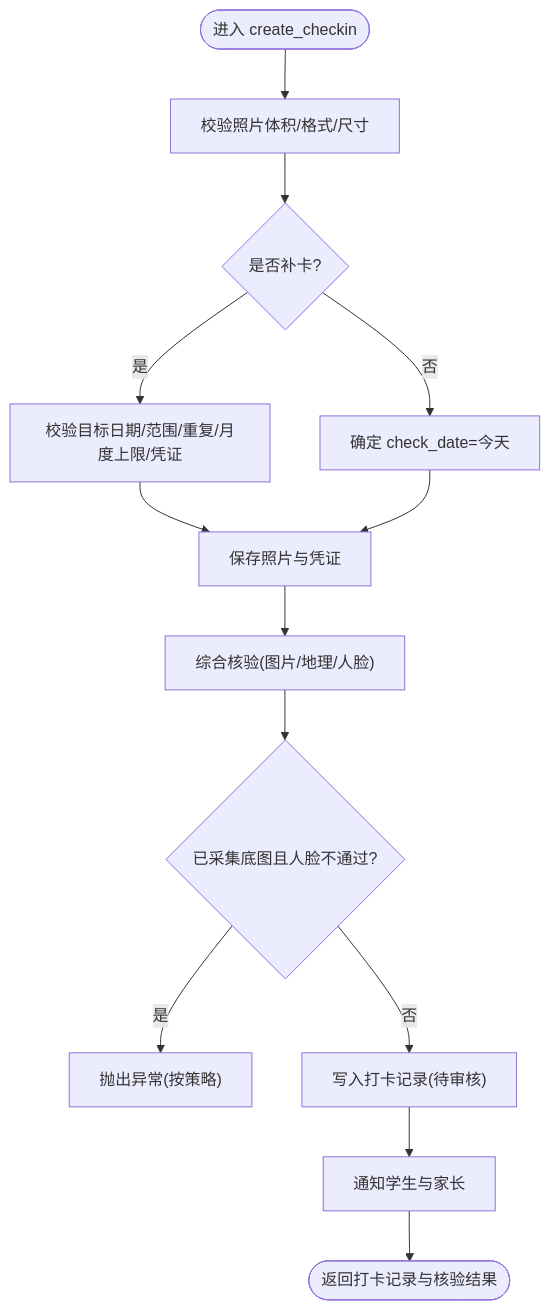
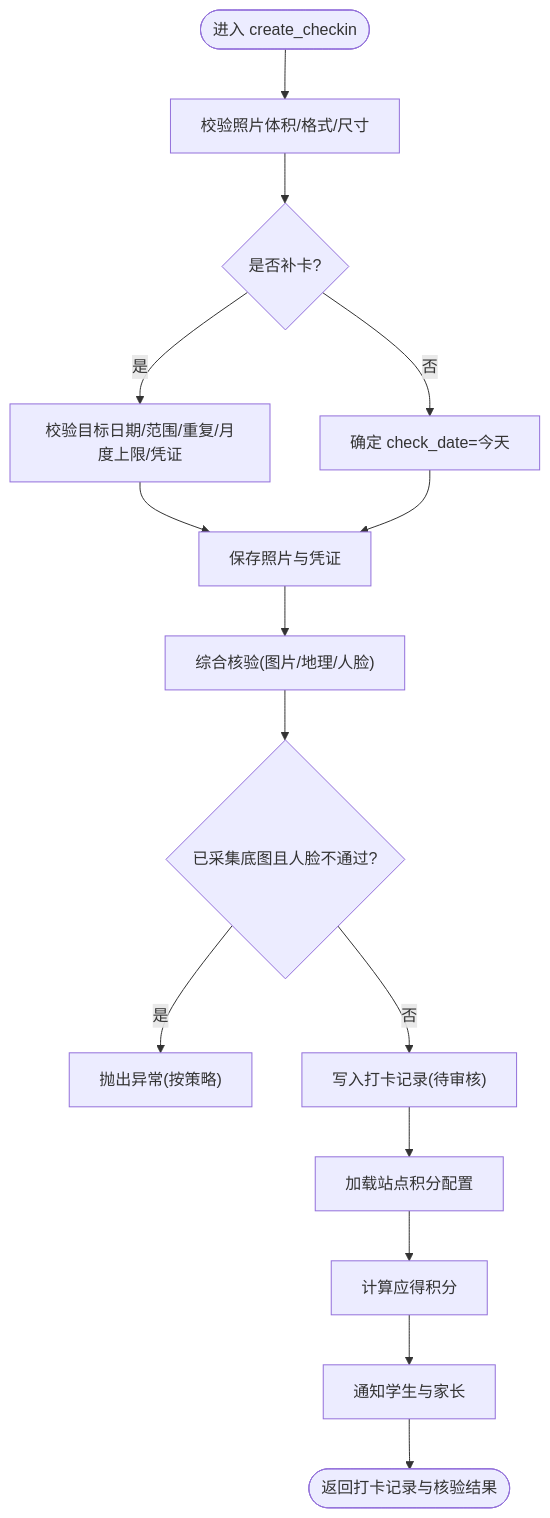
The third of 5 diagrams in .qoder/repowiki/zh/content/暑假作业打卡系统/后端服务架构/服务层架构/打卡服务.md (onebody/homework), drawn with Mermaid before and after one commit. The commit also changed other lines of this file and 16 other files, not shown here.

````diff
--- a/.qoder/repowiki/zh/content/暑假作业打卡系统/后端服务架构/服务层架构/打卡服务.md
+++ b/.qoder/repowiki/zh/content/暑假作业打卡系统/后端服务架构/服务层架构/打卡服务.md
@@ -185,15 +202,17 @@
 ```mermaid
 flowchart TD
 Start(["进入 create_checkin"]) --> PhotoCheck["校验照片体积/格式/尺寸"]
 PhotoCheck --> Type{"是否补卡?"}
 Type --> |是| MakeupRules["校验目标日期/范围/重复/月度上限/凭证"]
 Type --> |否| NormalDate["确定 check_date=今天"]
 MakeupRules --> SaveFiles["保存照片与凭证"]
 NormalDate --> SaveFiles
 SaveFiles --> Verify["综合核验(图片/地理/人脸)"]
 Verify --> FacePolicy{"已采集底图且人脸不通过?"}
 FacePolicy --> |是| Reject["抛出异常(按策略)"]
 FacePolicy --> |否| Persist["写入打卡记录(待审核)"]
-Persist --> Notify["通知学生与家长"]
+Persist --> LoadConfig["加载站点积分配置"]
+LoadConfig --> CalculatePoints["计算应得积分"]
+CalculatePoints --> Notify["通知学生与家长"]
 Notify --> End(["返回打卡记录与核验结果"])
 ```
````
